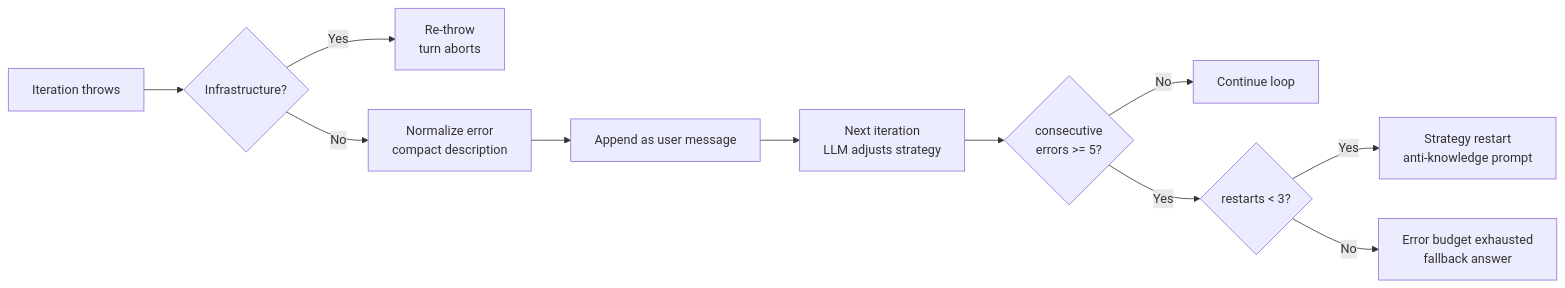
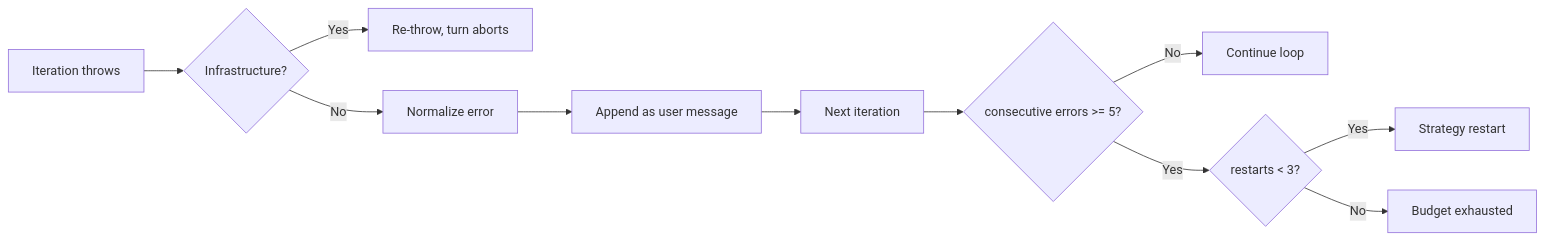
Before and after one commit to Blockether/vis: the second of 2 diagrams in resources/docs/src/architecture/iteration-flow.md, drawn with Mermaid. The commit also changed other lines of this file and 1 other file, not shown here.

First line of the commit message:
fix(docs): mermaid diagrams — remove br tags and pipe labels that break rendering

````diff
--- a/resources/docs/src/architecture/iteration-flow.md
+++ b/resources/docs/src/architecture/iteration-flow.md
@@ -39,13 +51,14 @@
 ```mermaid
 flowchart LR
-    Error["Iteration throws"] --> Classify{Infrastructure?}
-    Classify -->|Yes| Abort["Re-throw<br/>turn aborts"]
-    Classify -->|No| Normalize["Normalize error<br/>compact description"]
+    Error["Iteration throws"]
+    Error --> Classify{"Infrastructure?"}
+    Classify -- Yes --> Abort["Re-throw, turn aborts"]
+    Classify -- No --> Normalize["Normalize error"]
     Normalize --> FeedBack["Append as user message"]
-    FeedBack --> NextIter["Next iteration<br/>LLM adjusts strategy"]
-    NextIter --> Budget{"consecutive<br/>errors >= 5?"}
-    Budget -->|No| Continue["Continue loop"]
-    Budget -->|Yes| Restart{"restarts < 3?"}
-    Restart -->|Yes| Reset["Strategy restart<br/>anti-knowledge prompt"]
-    Restart -->|No| GiveUp["Error budget exhausted<br/>fallback answer"]
+    FeedBack --> NextIter["Next iteration"]
+    NextIter --> Budget{"consecutive errors >= 5?"}
+    Budget -- No --> Continue["Continue loop"]
+    Budget -- Yes --> Restart{"restarts < 3?"}
+    Restart -- Yes --> Reset["Strategy restart"]
+    Restart -- No --> GiveUp["Budget exhausted"]
 ```
````
